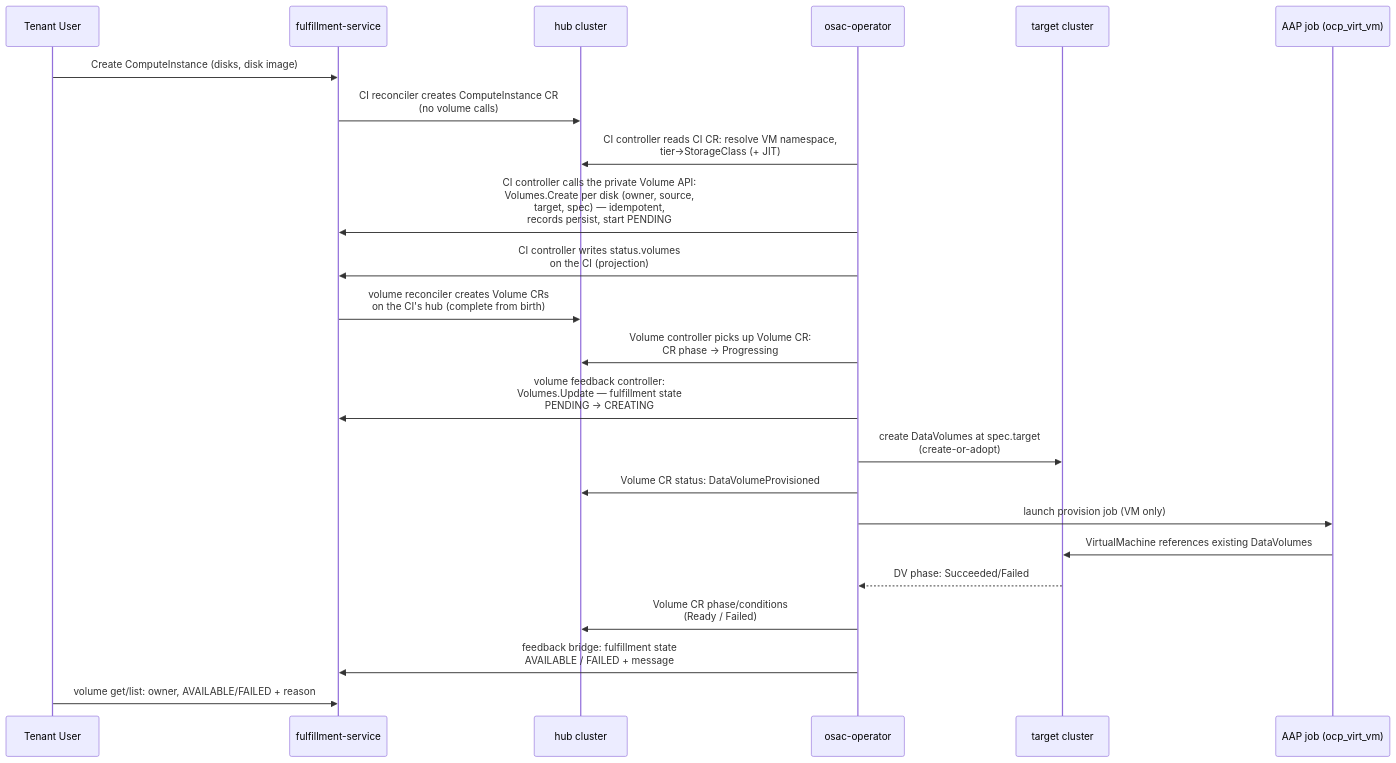
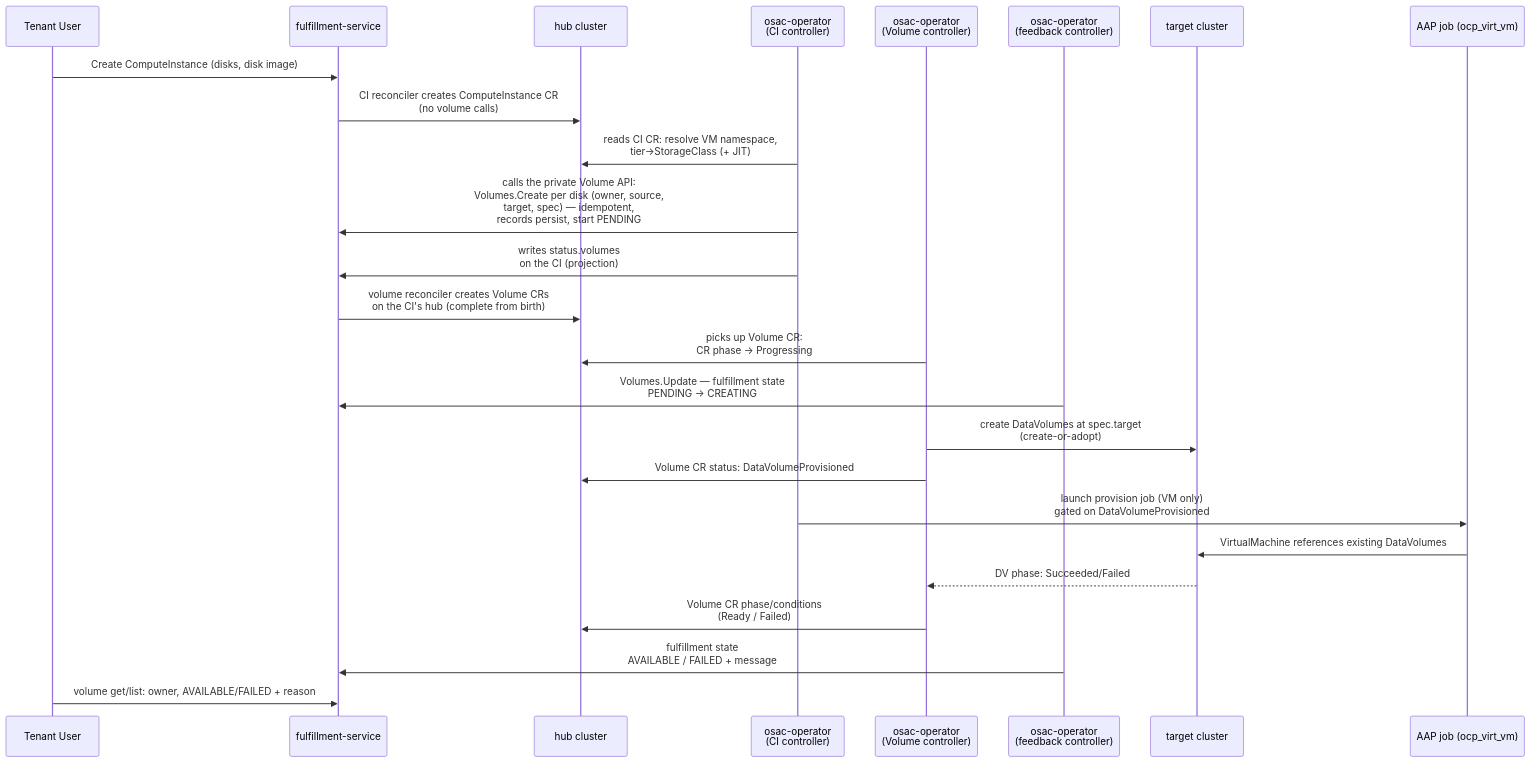
The first of 2 diagrams in enhancements/OSAC-7749-volume-api-vmass-provisioning/design.md (osac-project/enhancement-proposals), drawn with Mermaid before and after one commit. The commit also changed other lines of this file, not shown here.

First line of the commit message:
OSAC-7749: split osac-operator into controller participants in diagrams

````diff
--- a/enhancements/OSAC-7749-volume-api-vmass-provisioning/design.md
+++ b/enhancements/OSAC-7749-volume-api-vmass-provisioning/design.md
@@ -129,26 +129,28 @@
 ```mermaid
 sequenceDiagram
     participant TU as Tenant User
     participant F as fulfillment-service
     participant H as hub cluster
-    participant OP as osac-operator
+    participant CI as osac-operator<br/>(CI controller)
+    participant VC as osac-operator<br/>(Volume controller)
+    participant FB as osac-operator<br/>(feedback controller)
     participant T as target cluster
     participant AAP as AAP job (ocp_virt_vm)
 
     TU->>F: Create ComputeInstance (disks, disk image)
     F->>H: CI reconciler creates ComputeInstance CR<br/>(no volume calls)
-    OP->>H: CI controller reads CI CR: resolve VM namespace,<br/>tier→StorageClass (+ JIT)
-    OP->>F: CI controller calls the private Volume API:<br/>Volumes.Create per disk (owner, source,<br/>target, spec) — idempotent,<br/>records persist, start PENDING
-    OP->>F: CI controller writes status.volumes<br/>on the CI (projection)
+    CI->>H: reads CI CR: resolve VM namespace,<br/>tier→StorageClass (+ JIT)
+    CI->>F: calls the private Volume API:<br/>Volumes.Create per disk (owner, source,<br/>target, spec) — idempotent,<br/>records persist, start PENDING
+    CI->>F: writes status.volumes<br/>on the CI (projection)
     F->>H: volume reconciler creates Volume CRs<br/>on the CI's hub (complete from birth)
-    OP->>H: Volume controller picks up Volume CR:<br/>CR phase → Progressing
-    OP->>F: volume feedback controller:<br/>Volumes.Update — fulfillment state<br/>PENDING → CREATING
-    OP->>T: create DataVolumes at spec.target<br/>(create-or-adopt)
-    OP->>H: Volume CR status: DataVolumeProvisioned
-    OP->>AAP: launch provision job (VM only)
+    VC->>H: picks up Volume CR:<br/>CR phase → Progressing
+    FB->>F: Volumes.Update — fulfillment state<br/>PENDING → CREATING
+    VC->>T: create DataVolumes at spec.target<br/>(create-or-adopt)
+    VC->>H: Volume CR status: DataVolumeProvisioned
+    CI->>AAP: launch provision job (VM only)<br/>gated on DataVolumeProvisioned
     AAP->>T: VirtualMachine references existing DataVolumes
-    T-->>OP: DV phase: Succeeded/Failed
-    OP->>H: Volume CR phase/conditions<br/>(Ready / Failed)
-    OP->>F: feedback bridge: fulfillment state<br/>AVAILABLE / FAILED + message
+    T-->>VC: DV phase: Succeeded/Failed
+    VC->>H: Volume CR phase/conditions<br/>(Ready / Failed)
+    FB->>F: fulfillment state<br/>AVAILABLE / FAILED + message
     TU->>F: volume get/list: owner, AVAILABLE/FAILED + reason
 ```
````
